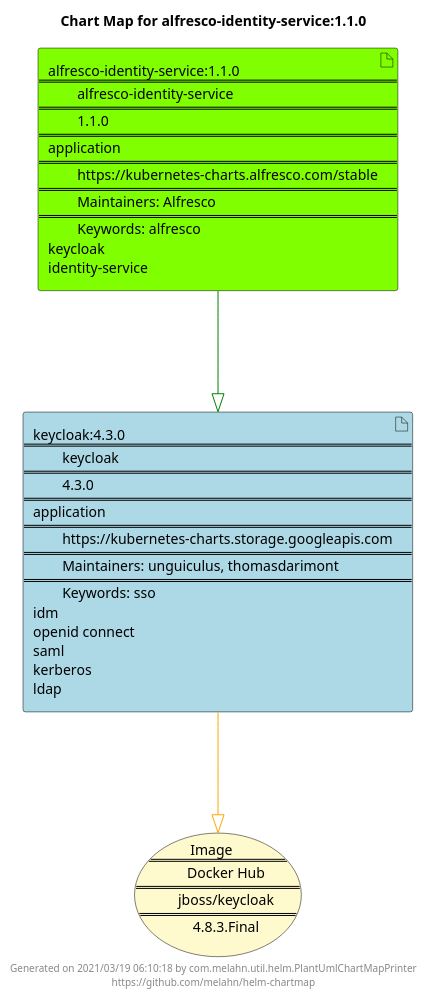
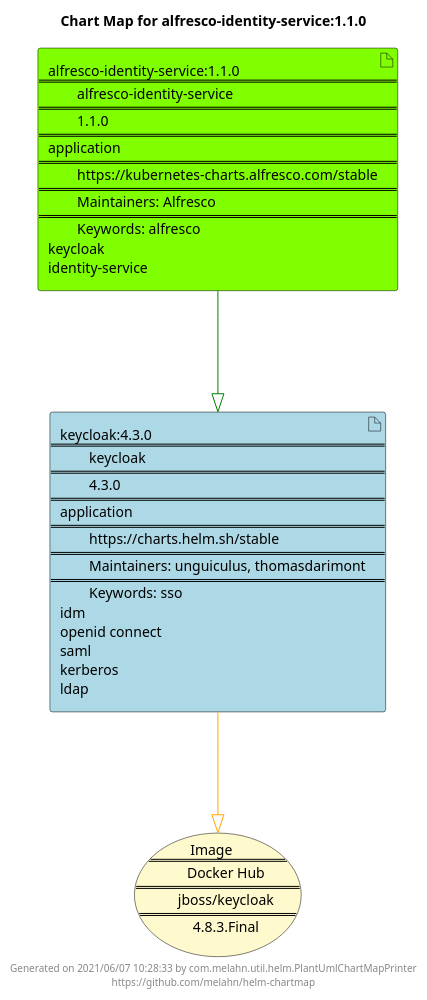
The diagram in docs/alfresco-identity-service/alfresco-identity-service-1.1.0.puml (melahn/helm-chartmap), drawn with PlantUML before and after one commit. The commit also changed 32 other files, not shown here.

Commit message:
Updating chartmap examples

```diff
--- a/docs/alfresco-identity-service/alfresco-identity-service-1.1.0.puml
+++ b/docs/alfresco-identity-service/alfresco-identity-service-1.1.0.puml
@@ -1,23 +1,23 @@
 @startuml
 skinparam linetype ortho
 skinparam backgroundColor white
 skinparam usecaseBorderColor black
 skinparam usecaseArrowColor LightSlateGray
 skinparam artifactBorderColor black
 skinparam artifactArrowColor LightSlateGray
 
 title Chart Map for alfresco-identity-service:1.1.0
 
 'There are 2 referenced Helm Charts
 artifact "alfresco-identity-service:1.1.0\n====\n\talfresco-identity-service\n====\n\t1.1.0\n====\napplication\n====\n\thttps://kubernetes-charts.alfresco.com/stable\n====\n\tMaintainers: Alfresco\n====\n\tKeywords: alfresco\nkeycloak\nidentity-service" as alfresco_identity_service_1_1_0 #Chartreuse
-artifact "keycloak:4.3.0\n====\n\tkeycloak\n====\n\t4.3.0\n====\napplication\n====\n\thttps://kubernetes-charts.storage.googleapis.com\n====\n\tMaintainers: unguiculus, thomasdarimont\n====\n\tKeywords: sso\nidm\nopenid connect\nsaml\nkerberos\nldap" as keycloak_4_3_0 #LightBlue
+artifact "keycloak:4.3.0\n====\n\tkeycloak\n====\n\t4.3.0\n====\napplication\n====\n\thttps://charts.helm.sh/stable\n====\n\tMaintainers: unguiculus, thomasdarimont\n====\n\tKeywords: sso\nidm\nopenid connect\nsaml\nkerberos\nldap" as keycloak_4_3_0 #LightBlue
 
 'There is one referenced Docker Image
 usecase "Image\n====\n\tDocker Hub\n====\n\tjboss/keycloak\n====\n\t4.8.3.Final" as jboss_keycloak_4_8_3_Final #LemonChiffon
 
 'Chart Dependencies
 alfresco_identity_service_1_1_0--[#green]-|>keycloak_4_3_0
 keycloak_4_3_0--[#orange]-|>jboss_keycloak_4_8_3_Final
 
-center footer Generated on 2021/03/19 06:10:18 by com.melahn.util.helm.PlantUmlChartMapPrinter\nhttps://github.com/melahn/helm-chartmap
+center footer Generated on 2021/06/07 10:28:33 by com.melahn.util.helm.PlantUmlChartMapPrinter\nhttps://github.com/melahn/helm-chartmap
 @enduml
```
